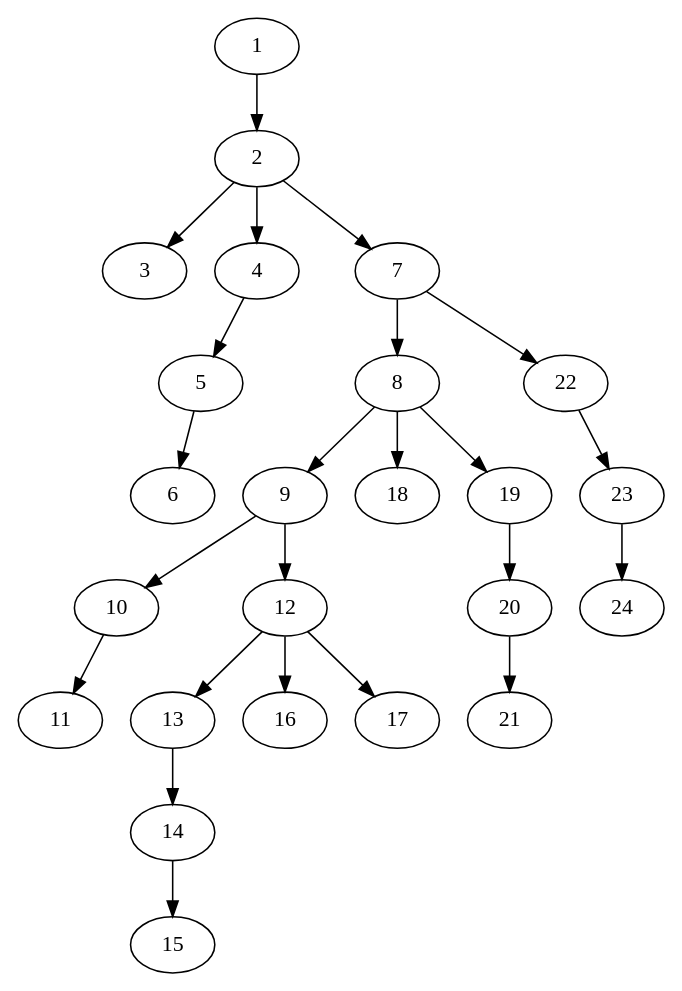
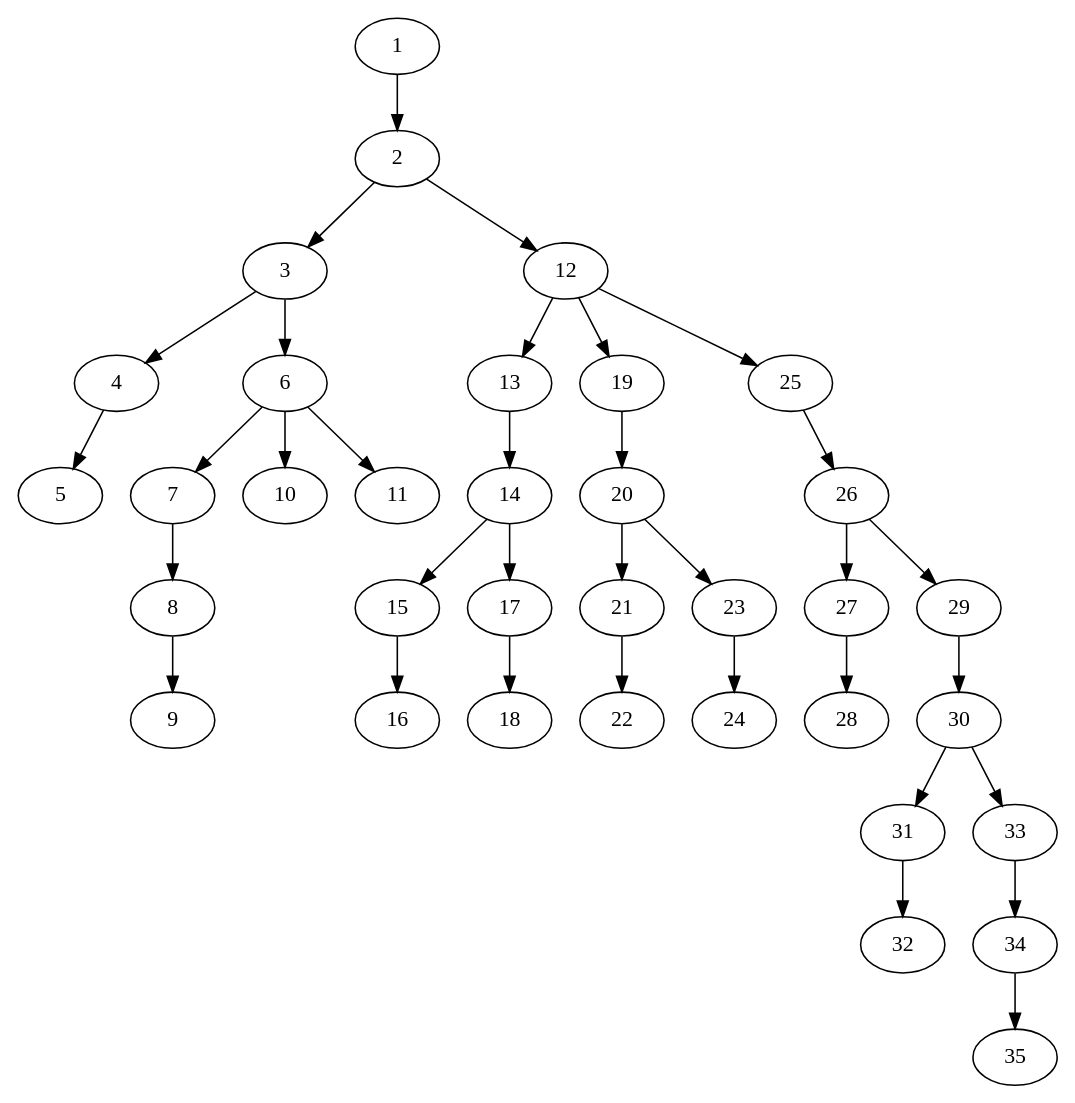
One commit to Ajax12345/caspian-lang changed the diagram in caspian/src/ast_stuff.dot. Above: the diagram before and after it, drawn with Graphviz. The commit also changed 5 other files, not shown here.

```diff
--- a/caspian/src/ast_stuff.dot
+++ b/caspian/src/ast_stuff.dot
@@ -1,25 +1,36 @@
 strict digraph "" {
 	1 -> 2;
 	2 -> 3;
-	2 -> 4;
-	2 -> 7;
+	2 -> 12;
+	3 -> 4;
+	3 -> 6;
 	4 -> 5;
-	5 -> 6;
+	6 -> 7;
+	6 -> 10;
+	6 -> 11;
 	7 -> 8;
-	7 -> 22;
 	8 -> 9;
-	8 -> 18;
-	8 -> 19;
-	9 -> 10;
-	9 -> 12;
-	10 -> 11;
 	12 -> 13;
-	12 -> 16;
-	12 -> 17;
+	12 -> 19;
+	12 -> 25;
 	13 -> 14;
 	14 -> 15;
+	14 -> 17;
+	15 -> 16;
+	17 -> 18;
 	19 -> 20;
 	20 -> 21;
-	22 -> 23;
+	20 -> 23;
+	21 -> 22;
 	23 -> 24;
+	25 -> 26;
+	26 -> 27;
+	26 -> 29;
+	27 -> 28;
+	29 -> 30;
+	30 -> 31;
+	30 -> 33;
+	31 -> 32;
+	33 -> 34;
+	34 -> 35;
 }
```
